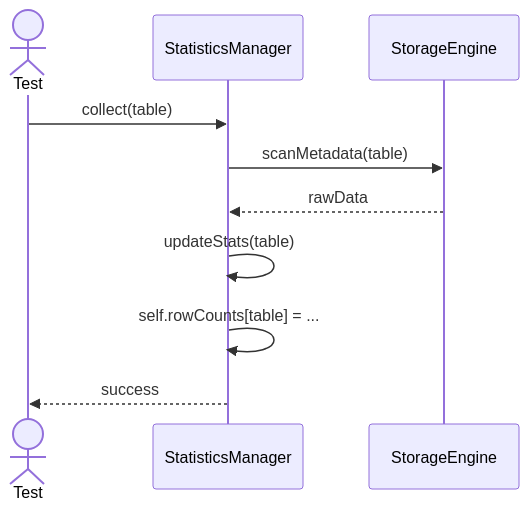
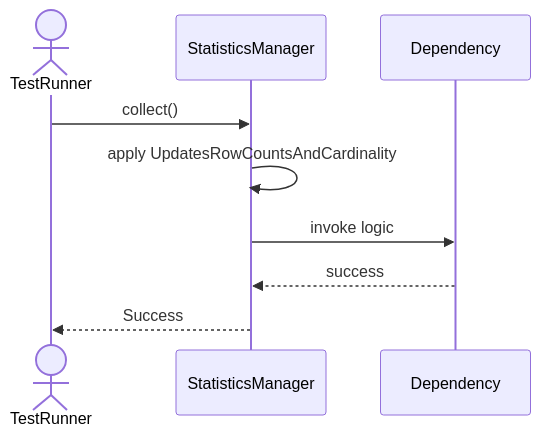
One commit to TamBui1706/DBMS changed the first of 5 diagrams in Sequences/QueryProcessor/StatisticsManager.md. Above: the diagram before and after it, drawn with Mermaid. The commit also changed other lines of this file and 63 other files, not shown here.

Commit message:
Draw sequence diagram for unit tests

````diff
--- a/Sequences/QueryProcessor/StatisticsManager.md
+++ b/Sequences/QueryProcessor/StatisticsManager.md
@@ -15,13 +20,10 @@
 ```mermaid
 sequenceDiagram
-    actor Test
+    actor TestRunner
     participant StatisticsManager
-    participant StorageEngine
-
-    Test->>StatisticsManager: collect(table)
-    StatisticsManager->>StorageEngine: scanMetadata(table)
-    StorageEngine-->>StatisticsManager: rawData
-    StatisticsManager->>StatisticsManager: updateStats(table)
-    StatisticsManager->>StatisticsManager: self.rowCounts[table] = ...
-    StatisticsManager-->>Test: success
+    TestRunner->>StatisticsManager: collect()
+    StatisticsManager->>StatisticsManager: apply UpdatesRowCountsAndCardinality
+    StatisticsManager->>Dependency: invoke logic
+    Dependency-->>StatisticsManager: success
+    StatisticsManager-->>TestRunner: Success
 ```
````
